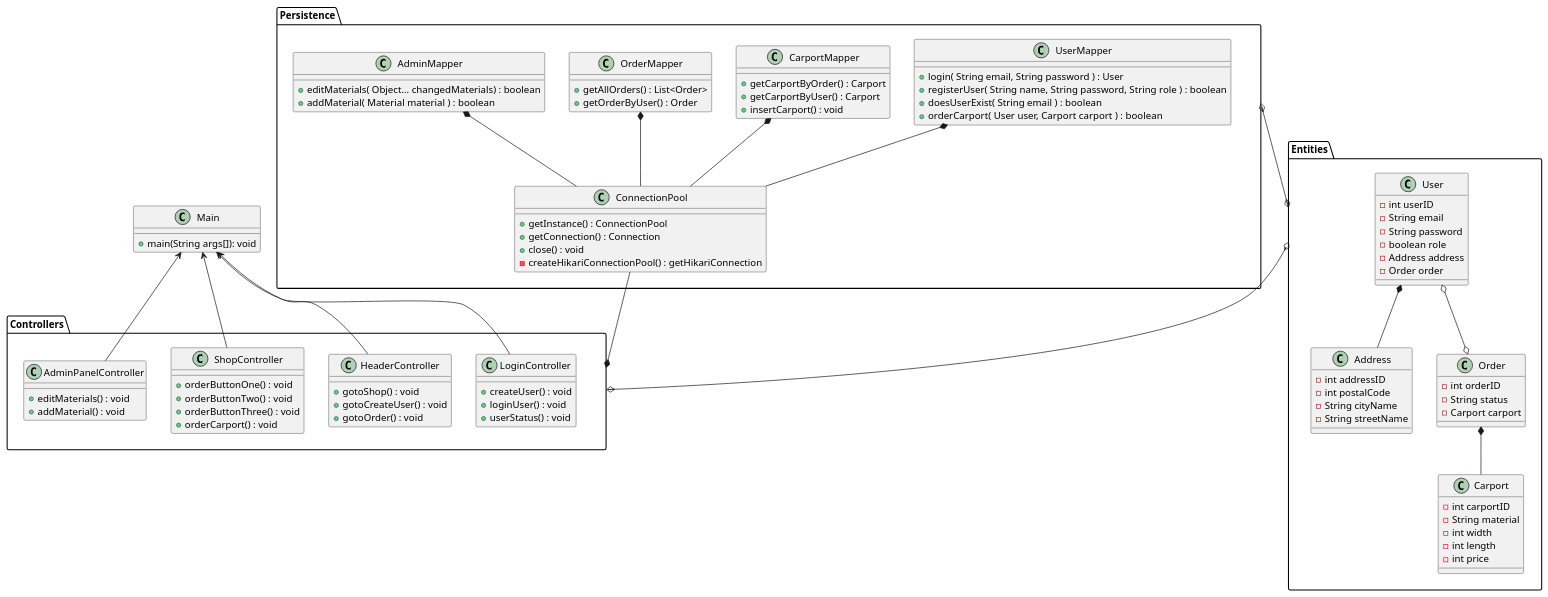
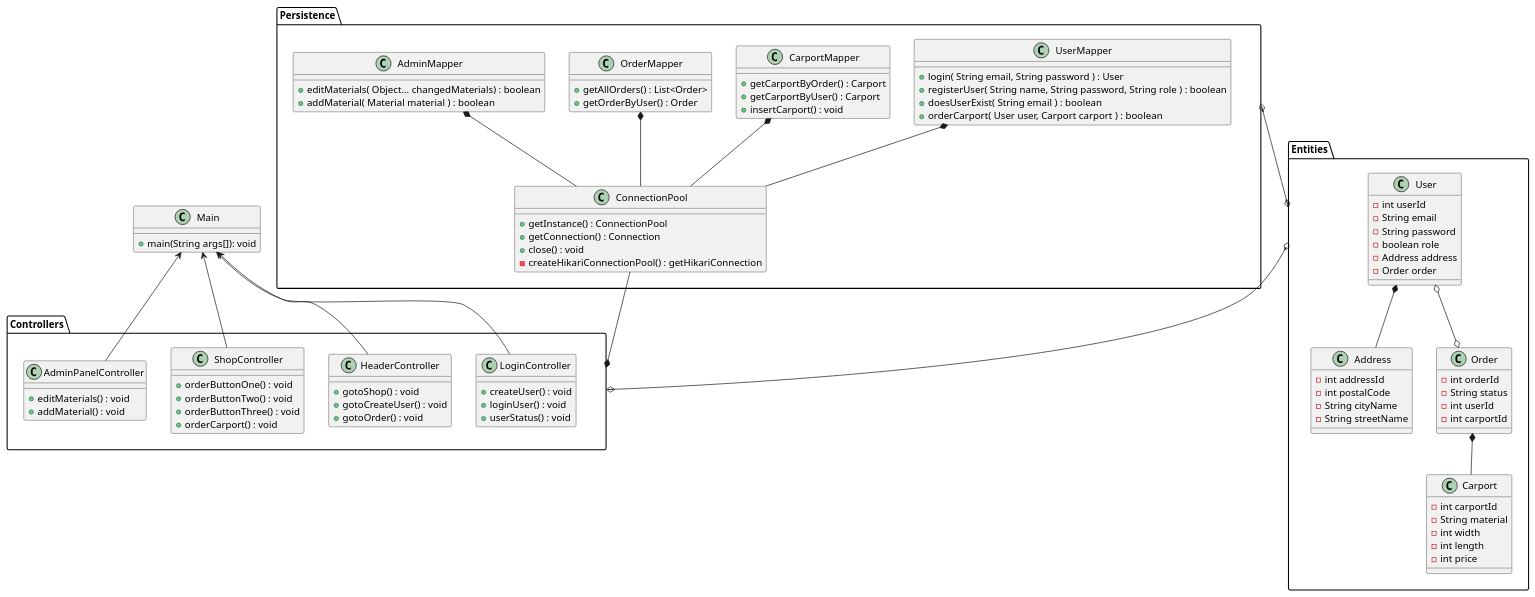
Before and after one commit to Magnewei/EksamensOpgave_FogCarport: the diagram in src/main/resources/diagram/Class_v1.puml, drawn with PlantUML. The commit also changed 7 other files, not shown here.

```diff
--- a/src/main/resources/diagram/Class_v1.puml
+++ b/src/main/resources/diagram/Class_v1.puml
@@ -1,121 +1,122 @@
 @startuml
 'https://plantuml.com/class-diagram
 
 'entities
 Entities.User *-- Entities.Address
 Entities.Order *-- Entities.Carport
 Entities.User o--o Entities.Order
 
 
 'persistence
 Persistence.UserMapper *-- Persistence.ConnectionPool
 Persistence.CarportMapper *-- Persistence.ConnectionPool
 Persistence.OrderMapper *-- Persistence.ConnectionPool
 Persistence.AdminMapper *-- Persistence.ConnectionPool
 Controllers *-- Persistence.ConnectionPool
 Entities o--o Controllers
 Persistence o--o Entities
 
 'Main connections
 Main <-- Controllers.LoginController
 Main <-- Controllers.HeaderController
 Main <-- Controllers.ShopController
 Main <-- Controllers.AdminPanelController
 
 class Main {
 +main(String args[]): void
 }
 
 package Entities {
 class Carport {
--int carportID
+-int carportId
 -String material
 -int width
 -int length
 -int price
 }
 
 class User {
--int userID
+-int userId
 -String email
 -String password
 -boolean role
 -Address address
 -Order order
 }
 
 class Address {
--int addressID
+-int addressId
 -int postalCode
 -String cityName
 -String streetName
 }
 
 class Order {
--int orderID
+-int orderId
 -String status
--Carport carport
+-int userId
+-int carportId
 }
 }
 
 package Persistence {
 class ConnectionPool {
 +getInstance() : ConnectionPool
 +getConnection() : Connection
 +close() : void
 -createHikariConnectionPool() : getHikariConnection
 }
 
 class CarportMapper {
 +getCarportByOrder() : Carport
 +getCarportByUser() : Carport
 +insertCarport() : void
 }
 
 class UserMapper {
 +login( String email, String password ) : User
 +registerUser( String name, String password, String role ) : boolean
 +doesUserExist( String email ) : boolean
 +orderCarport( User user, Carport carport ) : boolean
 }
 
 class OrderMapper {
 +getAllOrders() : List<Order>
 +getOrderByUser() : Order
 }
 
 class AdminMapper {
 +editMaterials( Object... changedMaterials) : boolean
 +addMaterial( Material material ) : boolean
 }
 }
 
 package Controllers {
 class LoginController {
 +createUser() : void
 +loginUser() : void
 +userStatus() : void
 }
 
 class ShopController {
 +orderButtonOne() : void
 +orderButtonTwo() : void
 +orderButtonThree() : void
 +orderCarport() : void
 }
 
 class HeaderController {
 +gotoShop() : void
 +gotoCreateUser() : void
 +gotoOrder() : void
 }
 
 class AdminPanelController {
 +editMaterials() : void
 +addMaterial() : void
 
 }
 }
 
 
 @enduml
```
